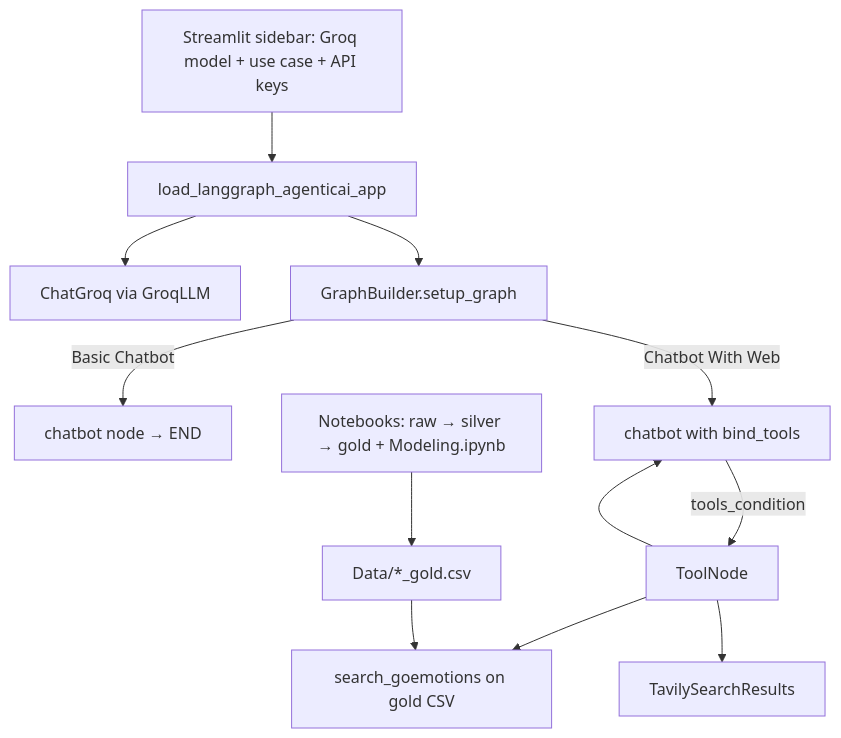
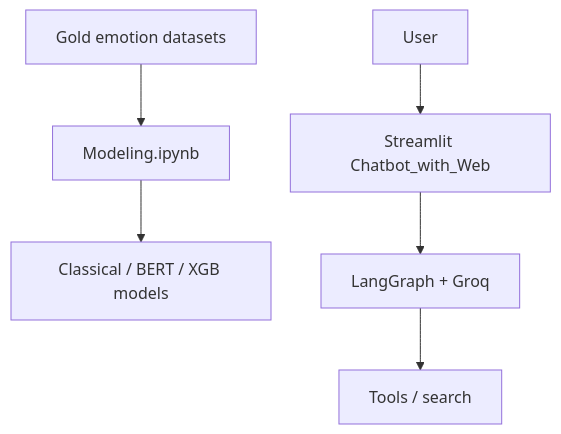
One commit to ArchanaChetan07/EmotiCare_-AI-Powered-Mental-Health-Assistant changed the first of 3 diagrams in README.md. Above: the diagram before and after it, drawn with Mermaid. The commit also changed other lines of this file, not shown here.

Commit message:
docs: FAANG-ready professional README with diagrams and verified metrics

````diff
--- a/README.md
+++ b/README.md
@@ -35,15 +28,8 @@
 ```mermaid
-flowchart TB
-  UI[Streamlit sidebar: Groq model + use case + API keys]
-  UI --> MAIN[load_langgraph_agenticai_app]
-  MAIN --> LLM[ChatGroq via GroqLLM]
-  MAIN --> GB[GraphBuilder.setup_graph]
-  GB -->|Basic Chatbot| B[chatbot node → END]
-  GB -->|Chatbot With Web| C[chatbot with bind_tools]
-  C -->|tools_condition| T[ToolNode]
-  T --> C
-  T --> GE[search_goemotions on gold CSV]
-  T --> TV[TavilySearchResults]
-  NB[Notebooks: raw → silver → gold + Modeling.ipynb] --> GOLD[Data/*_gold.csv]
-  GOLD --> GE
+flowchart TD
+  D[Gold emotion datasets] --> N[Modeling.ipynb]
+  N --> M[Classical / BERT / XGB models]
+  U[User] --> S[Streamlit Chatbot_with_Web]
+  S --> G[LangGraph + Groq]
+  G --> T[Tools / search]
 ```
````
